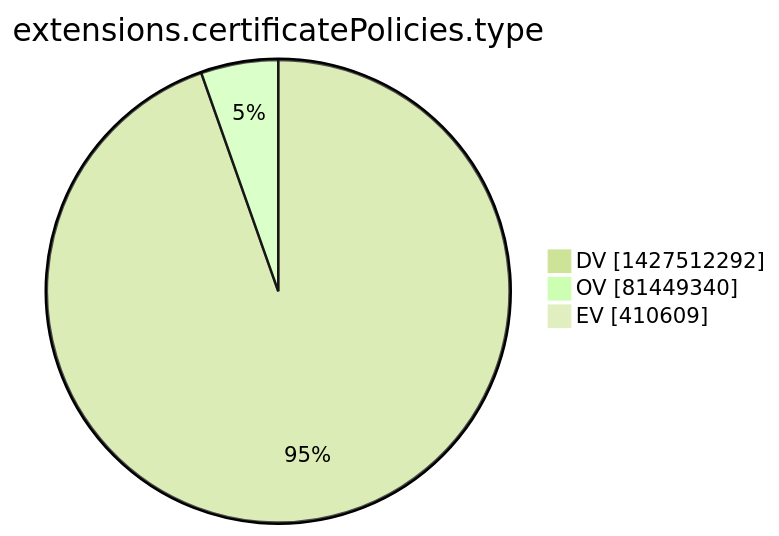
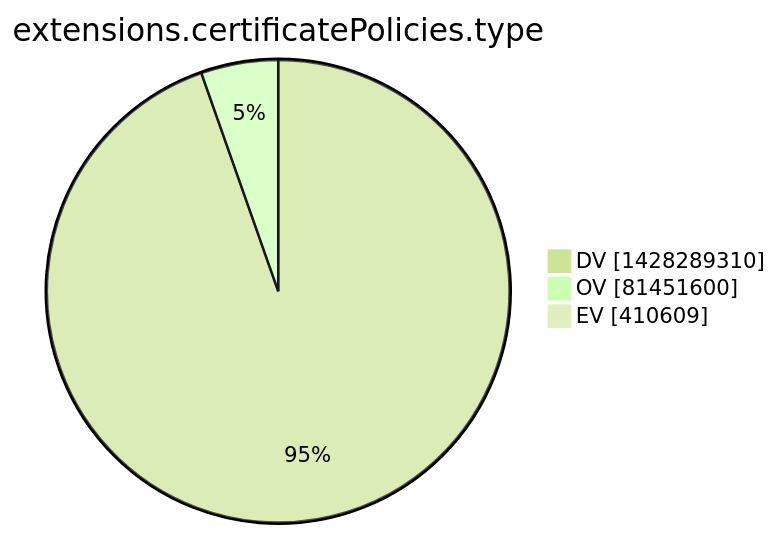
Before and after one commit to christiankrug/ctmonitor_visualization: the tenth of 15 diagrams in xenon2022/README.md, drawn with Mermaid (forest theme). The commit also changed other lines of this file, not shown here.

````diff
--- a/xenon2022/README.md
+++ b/xenon2022/README.md
@@ -2867,7 +2867,7 @@
 ```mermaid
 pie showData
 title extensions.certificatePolicies.type
-"DV" :1427512292
-"OV" :81449340
+"DV" :1428289310
+"OV" :81451600
 "EV" :410609
 ```
````
